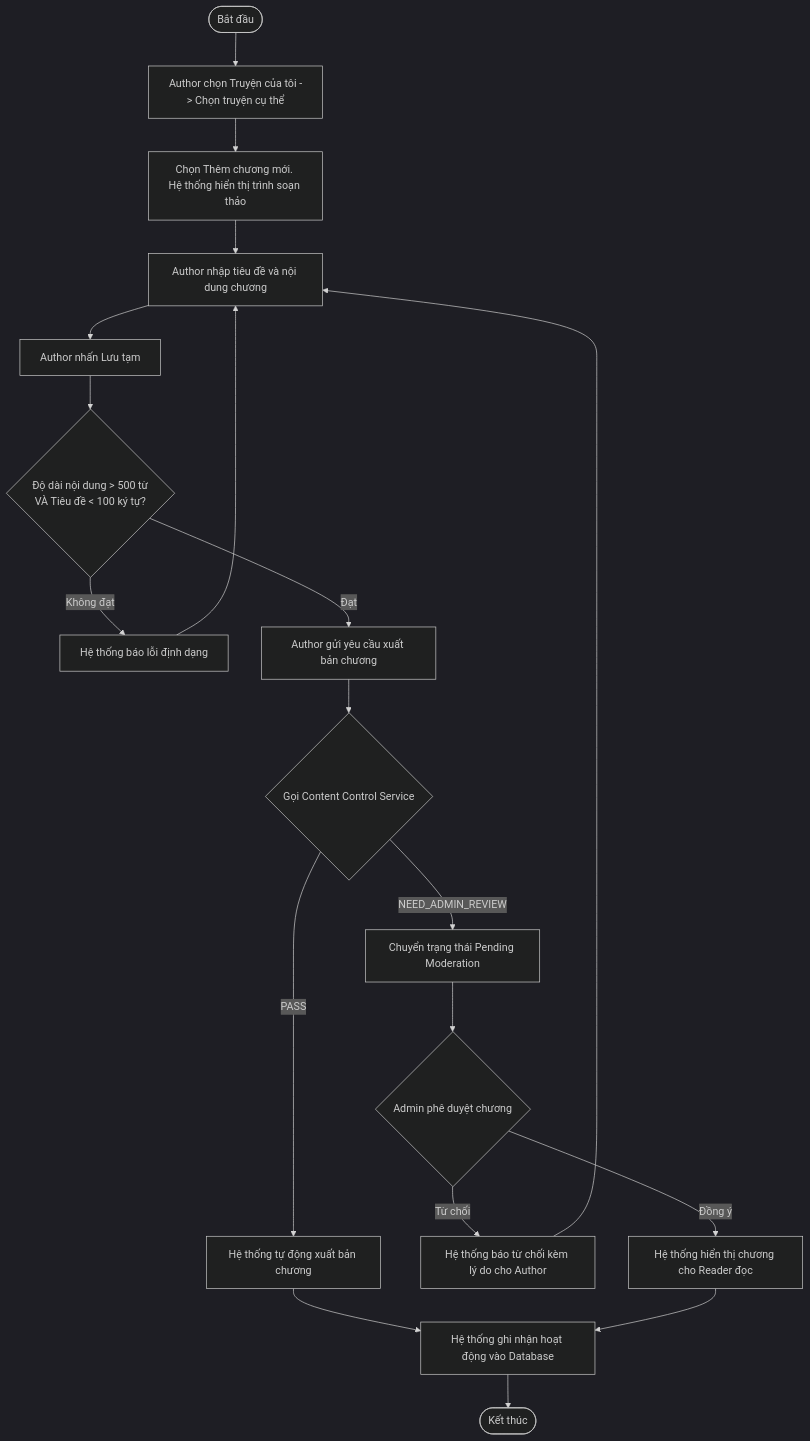
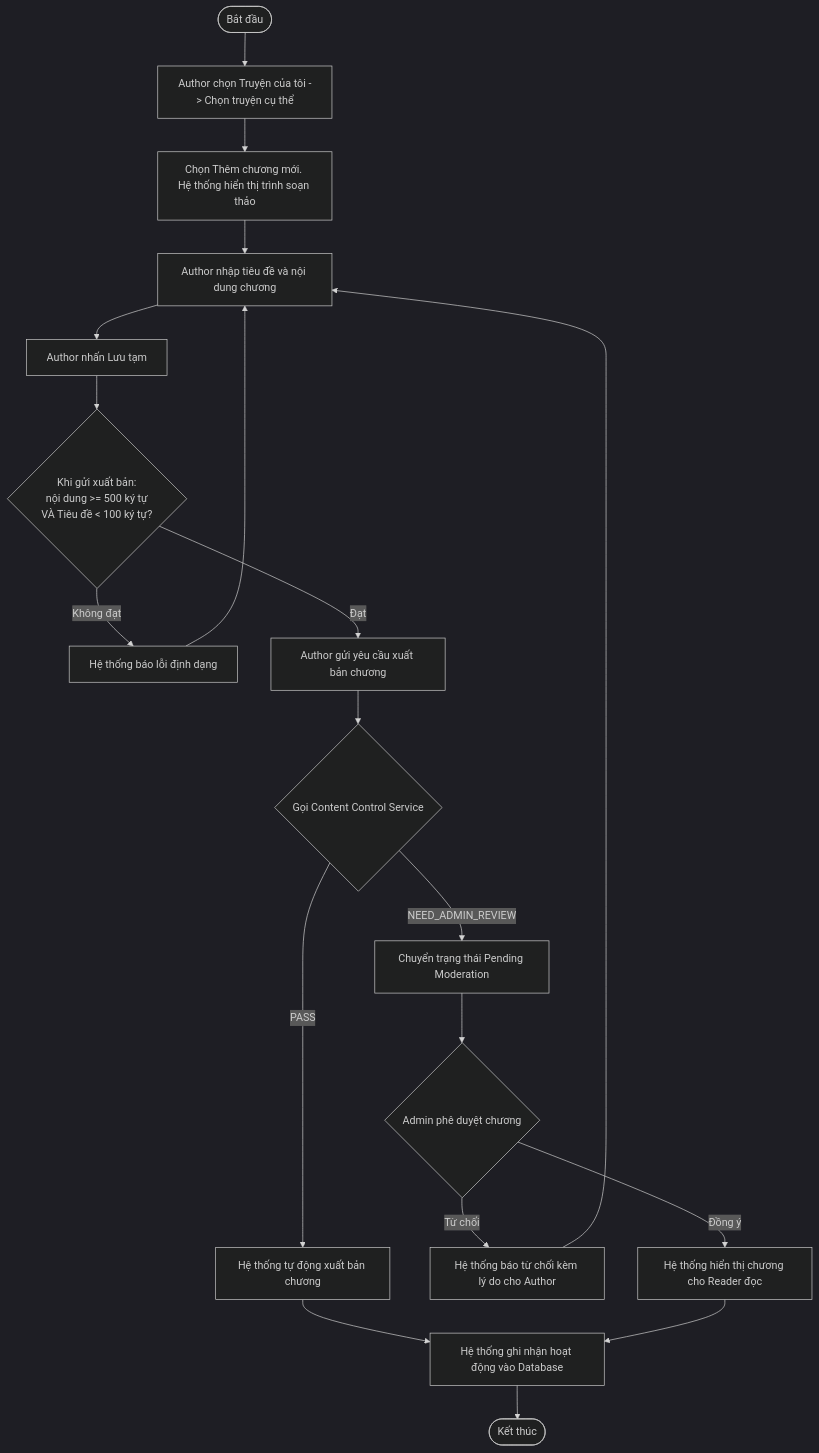
Before and after one commit to Ephurin/Novel_sharing_platform: the fourth of 5 diagrams in docs/SRS/novel-chapter-service.md, drawn with Mermaid (dark theme). The commit also changed other lines of this file and 5 other files, not shown here.

````diff
--- a/docs/SRS/novel-chapter-service.md
+++ b/docs/SRS/novel-chapter-service.md
@@ -153,28 +153,28 @@
 ```mermaid
 flowchart TD
     Start([Bắt đầu]) --> Access[Author chọn Truyện của tôi -> Chọn truyện cụ thể]
     Access --> SelectAdd[Chọn Thêm chương mới. Hệ thống hiển thị trình soạn thảo]
     SelectAdd --> Input[Author nhập tiêu đề và nội dung chương]
     Input --> SaveDraft[Author nhấn Lưu tạm]
     
-    SaveDraft --> FormatCheck{Độ dài nội dung > 500 từ <br> VÀ Tiêu đề < 100 ký tự?}
+    SaveDraft --> FormatCheck{Khi gửi xuất bản: <br> nội dung >= 500 ký tự <br> VÀ Tiêu đề < 100 ký tự?}
     FormatCheck -->|Không đạt| ErrorFormat[Hệ thống báo lỗi định dạng]
     ErrorFormat --> Input
     
     FormatCheck -->|Đạt| Submit[Author gửi yêu cầu xuất bản chương]
     Submit --> ContentControl{Gọi Content Control Service}
     
     ContentControl -->|PASS| AutoPublish[Hệ thống tự động xuất bản chương]
     
     ContentControl -->|NEED_ADMIN_REVIEW| SendAdmin[Chuyển trạng thái Pending Moderation]
     SendAdmin --> AdminReview{Admin phê duyệt chương}
     
     AdminReview -->|Từ chối| Reject[Hệ thống báo từ chối kèm lý do cho Author]
     Reject --> Input
     
     AdminReview -->|Đồng ý| Complete[Hệ thống hiển thị chương cho Reader đọc]
     
     AutoPublish --> LogDB[Hệ thống ghi nhận hoạt động vào Database]
     Complete --> LogDB
     LogDB --> End([Kết thúc])
 ```
````
